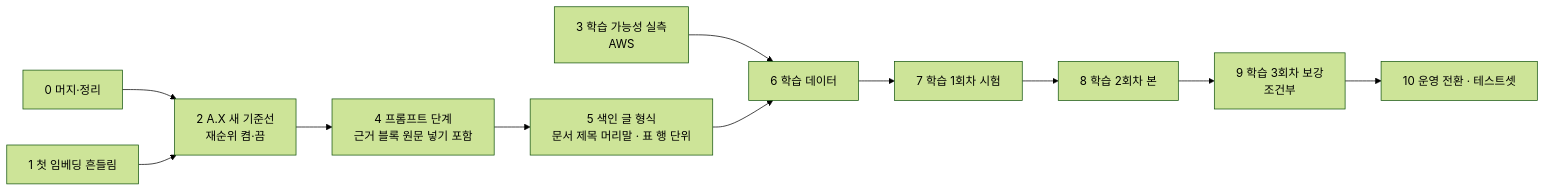
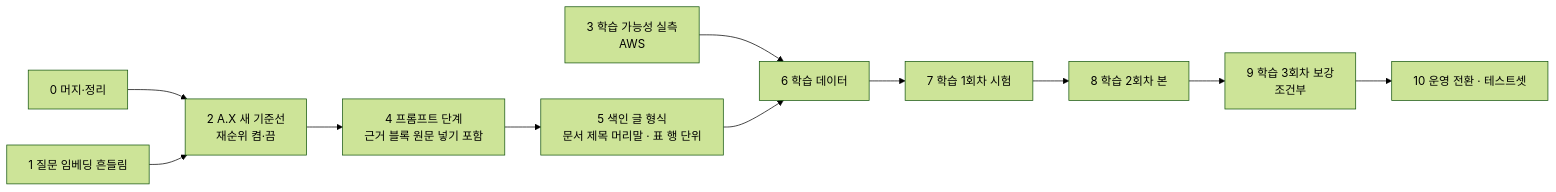
The third of 3 diagrams in docs/rag/m2/A.X-기준-계획-20261017.md (QyongGin/DocuMind), drawn with Mermaid (forest theme) before and after one commit. The commit also changed other lines of this file and 4 other files, not shown here.

````diff
--- a/docs/rag/m2/A.X-기준-계획-20261017.md
+++ b/docs/rag/m2/A.X-기준-계획-20261017.md
@@ -113,13 +113,13 @@
 ```mermaid
 flowchart LR
     S0[0 머지·정리] --> S2[2 A.X 새 기준선<br/>재순위 켬·끔]
-    S1[1 첫 임베딩 흔들림] --> S2
+    S1[1 질문 임베딩 흔들림] --> S2
     S2 --> S4[4 프롬프트 단계<br/>근거 블록 원문 넣기 포함]
     S4 --> S5[5 색인 글 형식<br/>문서 제목 머리말 · 표 행 단위]
     S3[3 학습 가능성 실측<br/>AWS] --> S6
     S5 --> S6[6 학습 데이터]
     S6 --> S7[7 학습 1회차 시험]
     S7 --> S8[8 학습 2회차 본]
     S8 --> S9[9 학습 3회차 보강<br/>조건부]
     S9 --> S10[10 운영 전환 · 테스트셋]
 ```
````
